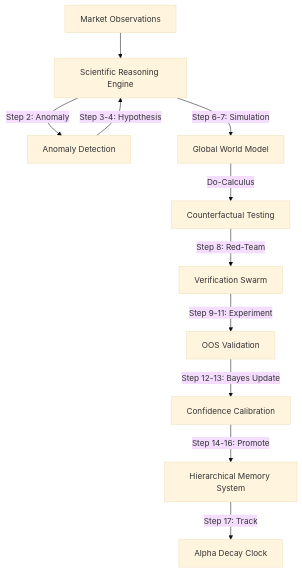
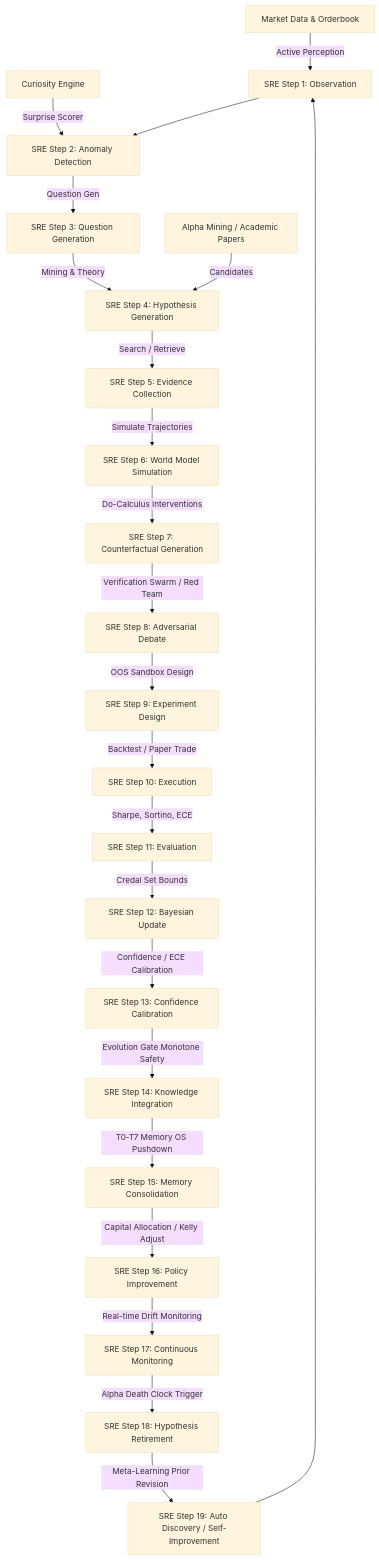
The diagram in SCIENTIFIC_FOUNDATION_2026/HYPOTHESIS_ECOSYSTEM_AUDIT_2026.md (CodeCrazeCodeCrazeDev/tradingbot), drawn with Mermaid (base theme) before and after one commit. The commit also changed other lines of this file and 7 other files, not shown here.

First line of the commit message:
Complete scientific audit and redesign of AlphaAlgo hypothesis ecosystem

````diff
--- a/SCIENTIFIC_FOUNDATION_2026/HYPOTHESIS_ECOSYSTEM_AUDIT_2026.md
+++ b/SCIENTIFIC_FOUNDATION_2026/HYPOTHESIS_ECOSYSTEM_AUDIT_2026.md
@@ -13,13 +50,36 @@
 ```mermaid
 graph TD
-    Obs[Market Observations] --> SRE[Scientific Reasoning Engine]
-    SRE --> |Step 2: Anomaly| Anom[Anomaly Detection]
-    Anom --> |Step 3-4: Hypothesis| SRE
-    SRE --> |Step 6-7: Simulation| GWM[Global World Model]
-    GWM --> |Do-Calculus| Counter[Counterfactual Testing]
-    Counter --> |Step 8: Red-Team| Swarm[Verification Swarm]
-    Swarm --> |Step 9-11: Experiment| Backtest[OOS Validation]
-    Backtest --> |Step 12-13: Bayes Update| Calibrate[Confidence Calibration]
-    Calibrate --> |Step 14-16: Promote| HMS[Hierarchical Memory System]
-    HMS --> |Step 17: Track| Drift[Alpha Decay Clock]
+    %% Origins
+    MarketData[Market Data & Orderbook] --> |Active Perception| SRE_Obs[SRE Step 1: Observation]
+    Curiosity[Curiosity Engine] --> |Surprise Scorer| SRE_Anom[SRE Step 2: Anomaly Detection]
+
+    %% Creation & Generation
+    SRE_Obs --> SRE_Anom
+    SRE_Anom --> |Question Gen| SRE_QGen[SRE Step 3: Question Generation]
+    SRE_QGen --> |Mining & Theory| SRE_HGen[SRE Step 4: Hypothesis Generation]
+    AlphaMine[Alpha Mining / Academic Papers] --> |Candidates| SRE_HGen
+
+    %% Evaluation & Simulation
+    SRE_HGen --> |Search / Retrieve| SRE_Evid[SRE Step 5: Evidence Collection]
+    SRE_Evid --> |Simulate Trajectories| SRE_WM[SRE Step 6: World Model Simulation]
+    SRE_WM --> |Do-Calculus Interventions| SRE_CF[SRE Step 7: Counterfactual Generation]
+    SRE_CF --> |Verification Swarm / Red Team| SRE_Debate[SRE Step 8: Adversarial Debate]
+
+    %% Execution & Empirical Testing
+    SRE_Debate --> |OOS Sandbox Design| SRE_Exp[SRE Step 9: Experiment Design]
+    SRE_Exp --> |Backtest / Paper Trade| SRE_Exec[SRE Step 10: Execution]
+    SRE_Exec --> |Sharpe, Sortino, ECE| SRE_Eval[SRE Step 11: Evaluation]
+
+    %% Learning & Consolidation
+    SRE_Eval --> |Credal Set Bounds| SRE_Bayes[SRE Step 12: Bayesian Update]
+    SRE_Bayes --> |Confidence / ECE Calibration| SRE_Calib[SRE Step 13: Confidence Calibration]
+    SRE_Calib --> |Evolution Gate Monotone Safety| SRE_Int[SRE Step 14: Knowledge Integration]
+    SRE_Int --> |T0-T7 Memory OS Pushdown| SRE_Mem[SRE Step 15: Memory Consolidation]
+
+    %% Policy Improvement & Loop Closure
+    SRE_Mem --> |Capital Allocation / Kelly Adjust| SRE_Policy[SRE Step 16: Policy Improvement]
+    SRE_Policy --> |Real-time Drift Monitoring| SRE_Mon[SRE Step 17: Continuous Monitoring]
+    SRE_Mon --> |Alpha Death Clock Trigger| SRE_Retire[SRE Step 18: Hypothesis Retirement]
+    SRE_Retire --> |Meta-Learning Prior Revision| SRE_Meta[SRE Step 19: Auto Discovery / Self-Improvement]
+    SRE_Meta --> SRE_Obs
 ```
````
